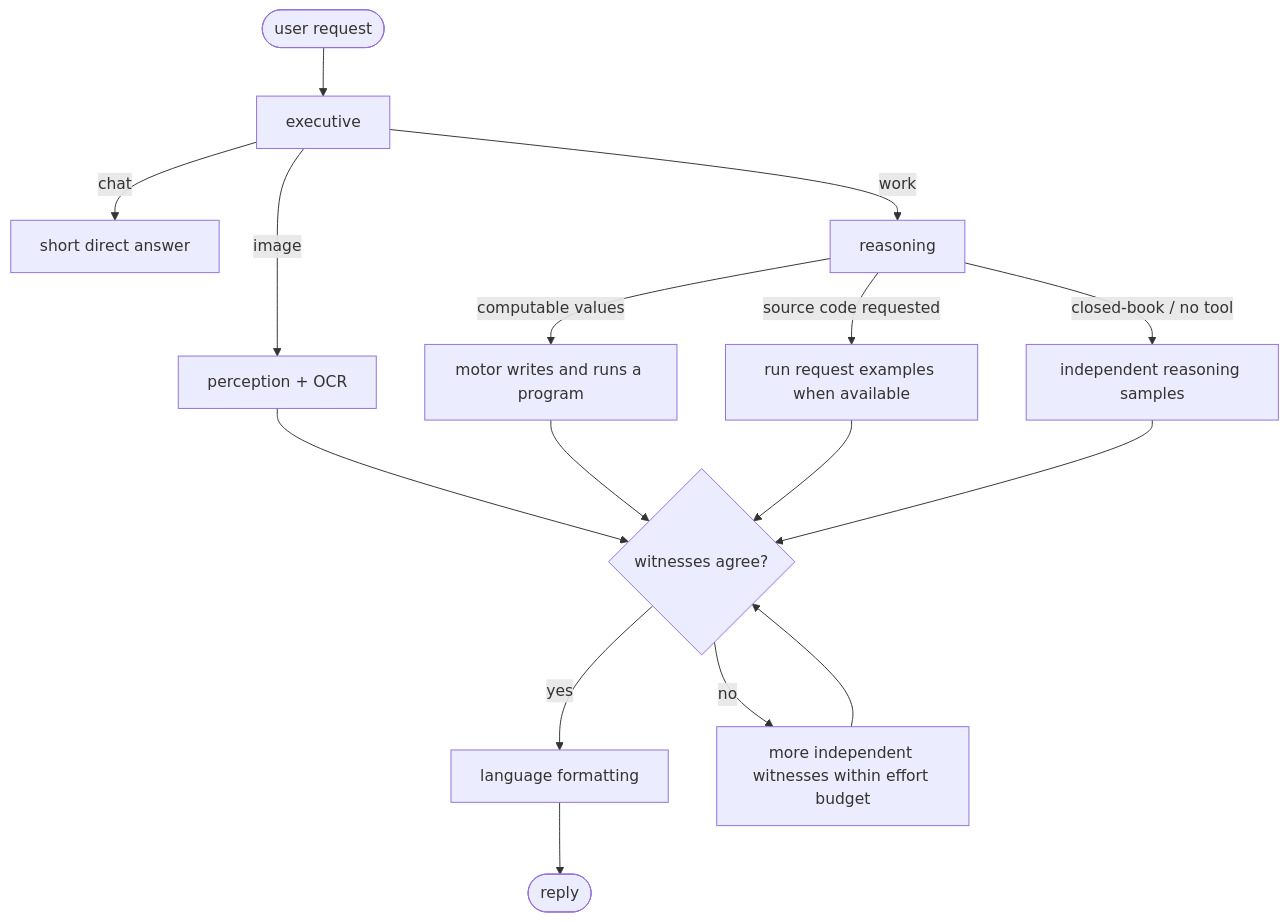
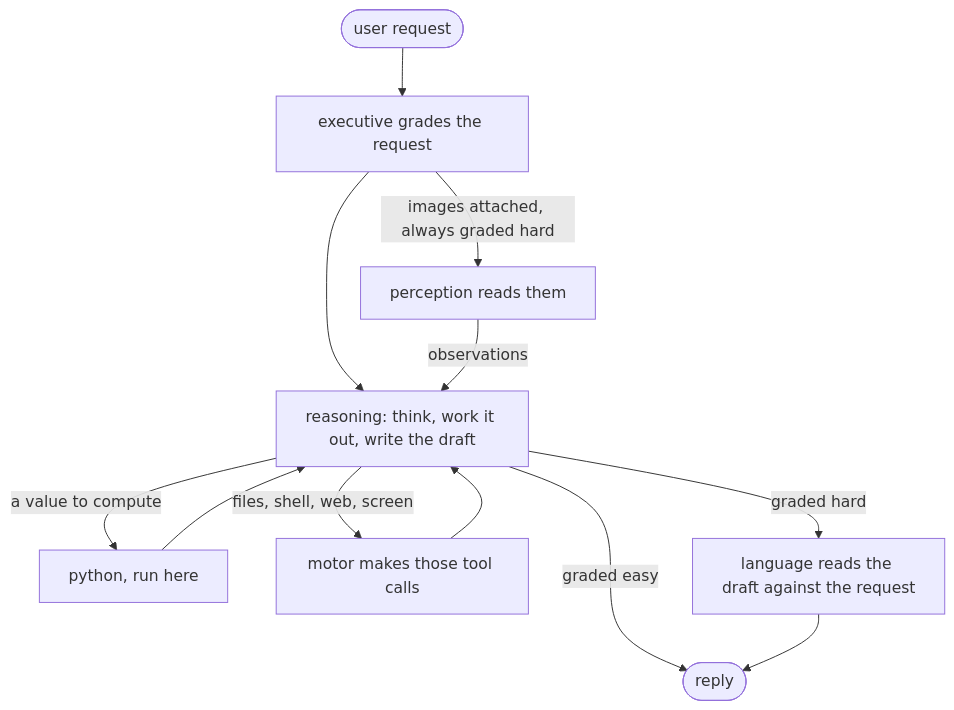
Before and after one commit to VecSzn/lobes: the second of 2 diagrams in README.md, drawn with Mermaid. The commit also changed other lines of this file and 31 other files, not shown here.

Commit message:
official graders for the hard suites; readme, architecture and the charts from the 0919 runs

````diff
--- a/README.md
+++ b/README.md
@@ -83,21 +80,16 @@
 ```mermaid
 flowchart TD
-  U([user request]) --> E[executive]
-  E -->|chat| C[short direct answer]
-  E -->|image| P[perception + OCR]
-  E -->|work| R[reasoning]
+  U([user request]) --> E[executive grades the request]
+  E -->|images attached, always graded hard| P[perception reads them]
+  E --> R[reasoning: think, work it out, write the draft]
+  P -->|observations| R
 
-  R -->|computable values| M[motor writes and runs a program]
-  R -->|source code requested| T[run request examples when available]
-  R -->|closed-book / no tool| S[independent reasoning samples]
+  R -->|a value to compute| PY[python, run here]
+  R -->|files, shell, web, screen| M[motor makes those tool calls]
+  PY --> R
+  M --> R
 
-  P --> A{witnesses agree?}
-  M --> A
-  T --> A
-  S --> A
-
-  A -->|yes| L[language formatting]
-  A -->|no| H[more independent witnesses within effort budget]
-  H --> A
+  R -->|graded easy| O
+  R -->|graded hard| L[language reads the draft against the request]
   L --> O([reply])
 ```
````
